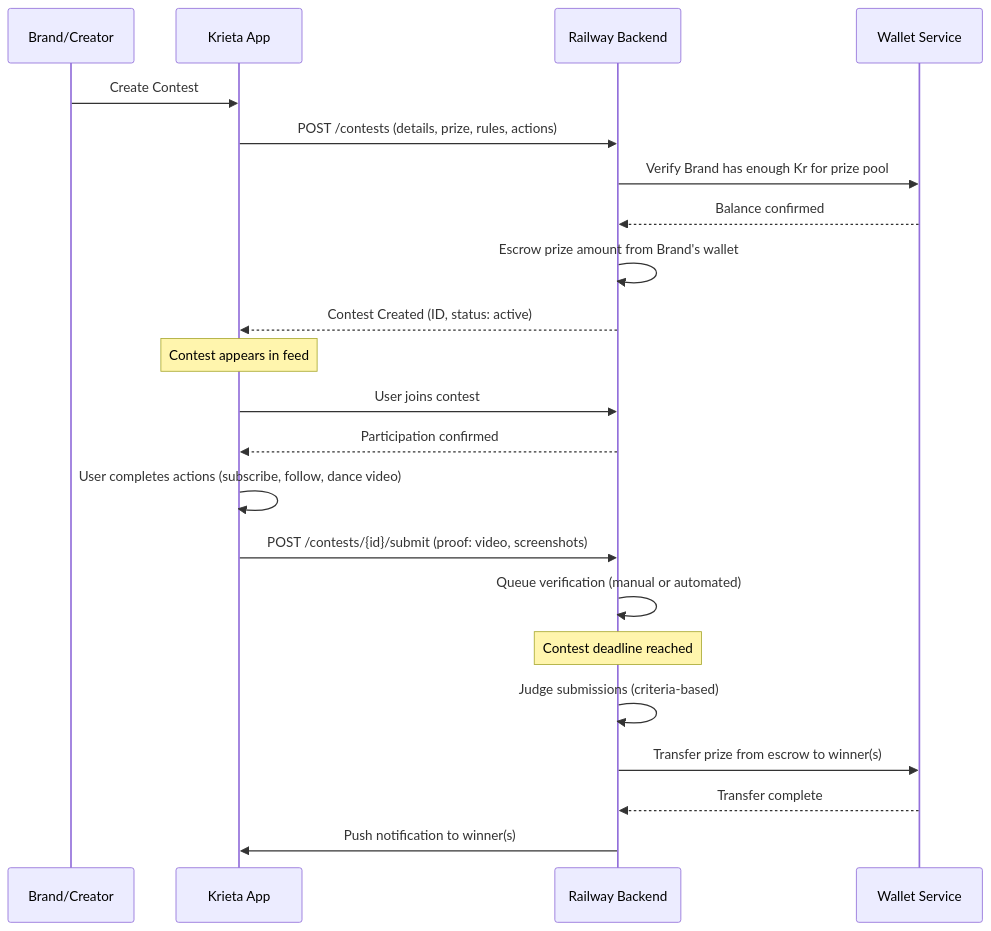
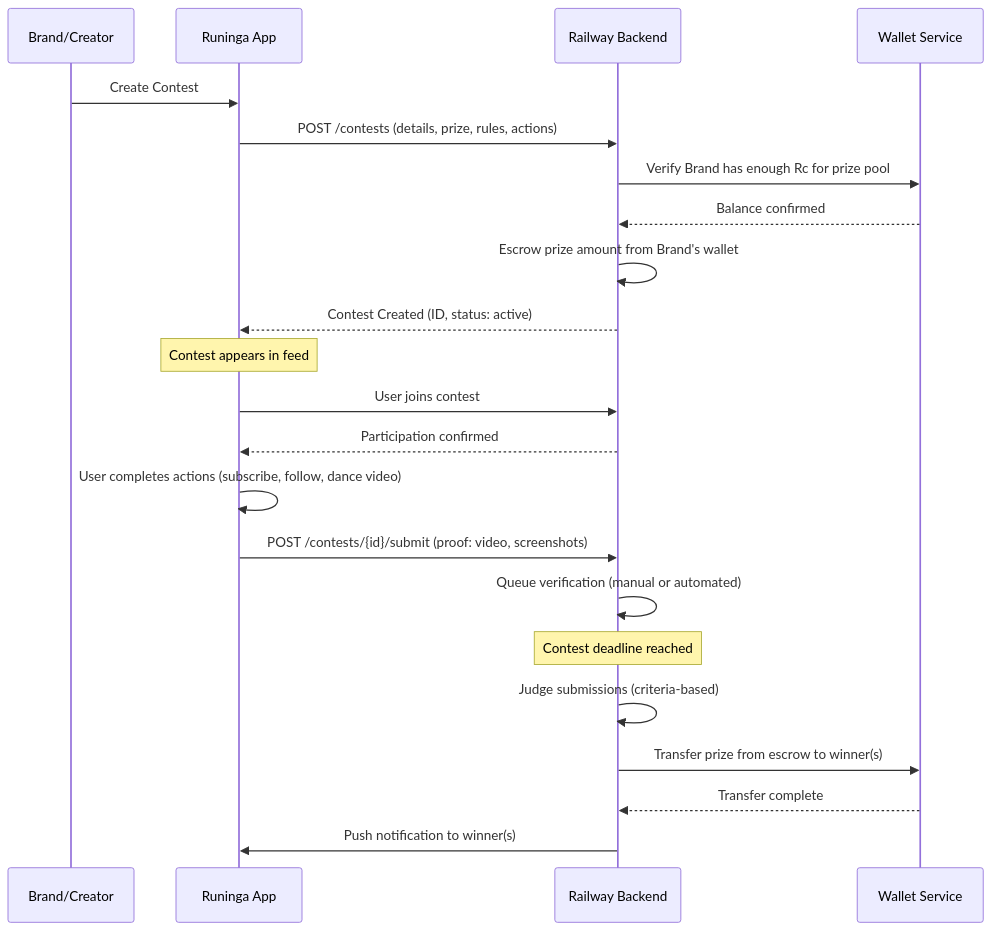
The second of 2 diagrams in Krieta_implementation_plan.md (vitupoa/APPU-APP), drawn with Mermaid before and after one commit. The commit also changed other lines of this file and 1252 other files, not shown here.

First line of the commit message:
Rebrand: Krieta to Runinga + Certificate Pinning

````diff
--- a/Krieta_implementation_plan.md
+++ b/Krieta_implementation_plan.md
@@ -699,30 +699,30 @@
 ```mermaid
 sequenceDiagram
     participant Brand as Brand/Creator
-    participant App as Krieta App
+    participant App as Runinga App
     participant Server as Railway Backend
     participant Wallet as Wallet Service
     
     Brand->>App: Create Contest
     App->>Server: POST /contests (details, prize, rules, actions)
-    Server->>Wallet: Verify Brand has enough Kr for prize pool
+    Server->>Wallet: Verify Brand has enough Rc for prize pool
     Wallet-->>Server: Balance confirmed
     Server->>Server: Escrow prize amount from Brand's wallet
     Server-->>App: Contest Created (ID, status: active)
     
     Note over App: Contest appears in feed
     
     App->>Server: User joins contest
     Server-->>App: Participation confirmed
     
     App->>App: User completes actions (subscribe, follow, dance video)
     App->>Server: POST /contests/{id}/submit (proof: video, screenshots)
     Server->>Server: Queue verification (manual or automated)
     
     Note over Server: Contest deadline reached
     
     Server->>Server: Judge submissions (criteria-based)
     Server->>Wallet: Transfer prize from escrow to winner(s)
     Wallet-->>Server: Transfer complete
     Server->>App: Push notification to winner(s)
 ```
````
